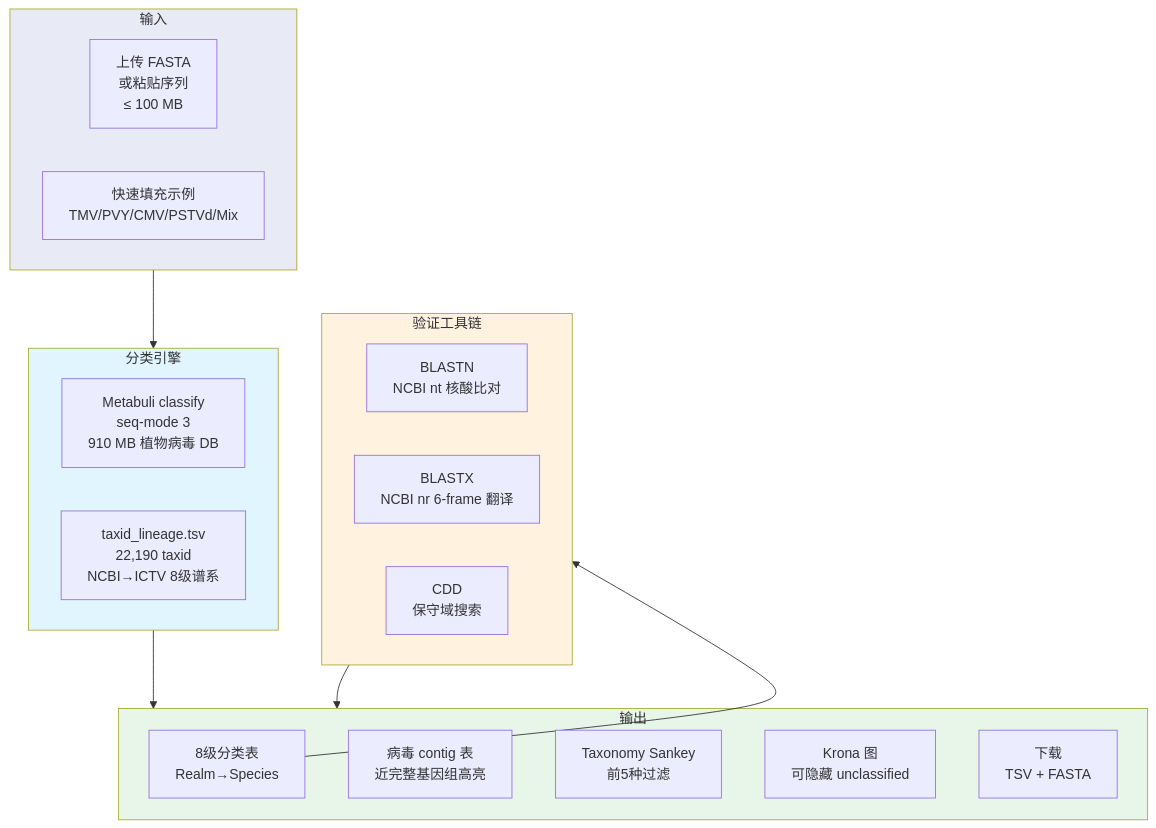
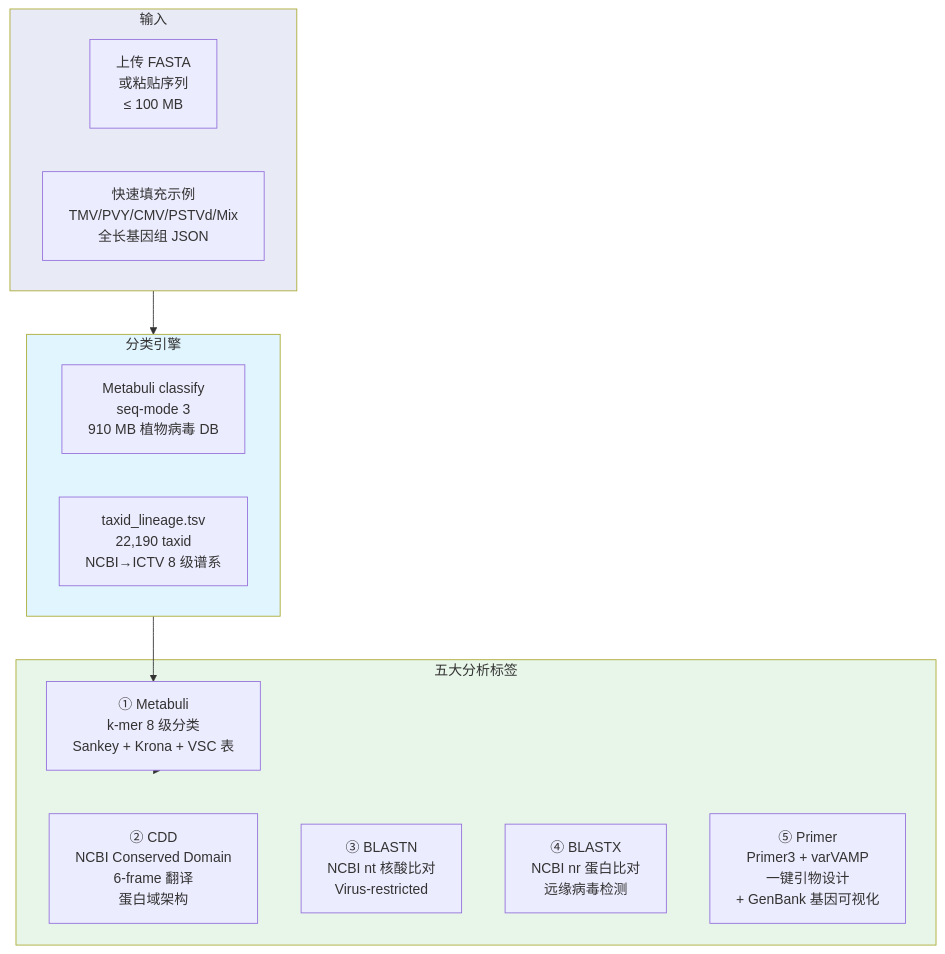
The first of 3 diagrams in 9.metabuli/README.md (zhangwenda0518/plant_virus_db_pipeline), drawn with Mermaid before and after one commit. The commit also changed other lines of this file and 7 other files, not shown here.

````diff
--- a/9.metabuli/README.md
+++ b/9.metabuli/README.md
@@ -11,36 +11,28 @@
 ```mermaid
 flowchart TB
     subgraph Input["输入"]
         UPLOAD["上传 FASTA<br/>或粘贴序列<br/>≤ 100 MB"]
-        EXAMPLES["快速填充示例<br/>TMV/PVY/CMV/PSTVd/Mix"]
+        EXAMPLES["快速填充示例<br/>TMV/PVY/CMV/PSTVd/Mix<br/>全长基因组 JSON"]
     end
 
     subgraph Engine["分类引擎"]
         METABULI["Metabuli classify<br/>seq-mode 3<br/>910 MB 植物病毒 DB"]
-        TAXLIN["taxid_lineage.tsv<br/>22,190 taxid<br/>NCBI→ICTV 8级谱系"]
+        TAXLIN["taxid_lineage.tsv<br/>22,190 taxid<br/>NCBI→ICTV 8 级谱系"]
     end
 
-    subgraph Verify["验证工具链"]
-        BLASTN["BLASTN<br/>NCBI nt 核酸比对"]
-        BLASTX["BLASTX<br/>NCBI nr 6-frame 翻译"]
-        CDD["CDD<br/>保守域搜索"]
-    end
-
-    subgraph Output["输出"]
-        TABLE["8级分类表<br/>Realm→Species"]
-        VIRUS["病毒 contig 表<br/>近完整基因组高亮"]
-        SANKEY["Taxonomy Sankey<br/>前5种过滤"]
-        KRONA["Krona 图<br/>可隐藏 unclassified"]
-        DOWNLOAD["下载<br/>TSV + FASTA"]
+    subgraph Verify["五大分析标签"]
+        METABULI_TAB["① Metabuli<br/>k-mer 8 级分类<br/>Sankey + Krona + VSC 表"]
+        CDD_TAB["② CDD<br/>NCBI Conserved Domain<br/>6-frame 翻译<br/>蛋白域架构"]
+        BLASTN_TAB["③ BLASTN<br/>NCBI nt 核酸比对<br/>Virus-restricted"]
+        BLASTX_TAB["④ BLASTX<br/>NCBI nr 蛋白比对<br/>远缘病毒检测"]
+        PRIMER_TAB["⑤ Primer<br/>Primer3 + varVAMP<br/>一键引物设计<br/>+ GenBank 基因可视化"]
     end
 
     Input --> Engine
-    Engine --> Output
-    TABLE --> Verify
-    Verify --> Output
+    Engine --> METABULI_TAB
+    METABULI_TAB --> Verify
 
     style Input fill:#e8eaf6
     style Engine fill:#e1f5fe
-    style Verify fill:#fff3e0
-    style Output fill:#e8f5e9
+    style Verify fill:#e8f5e9
 ```
````
